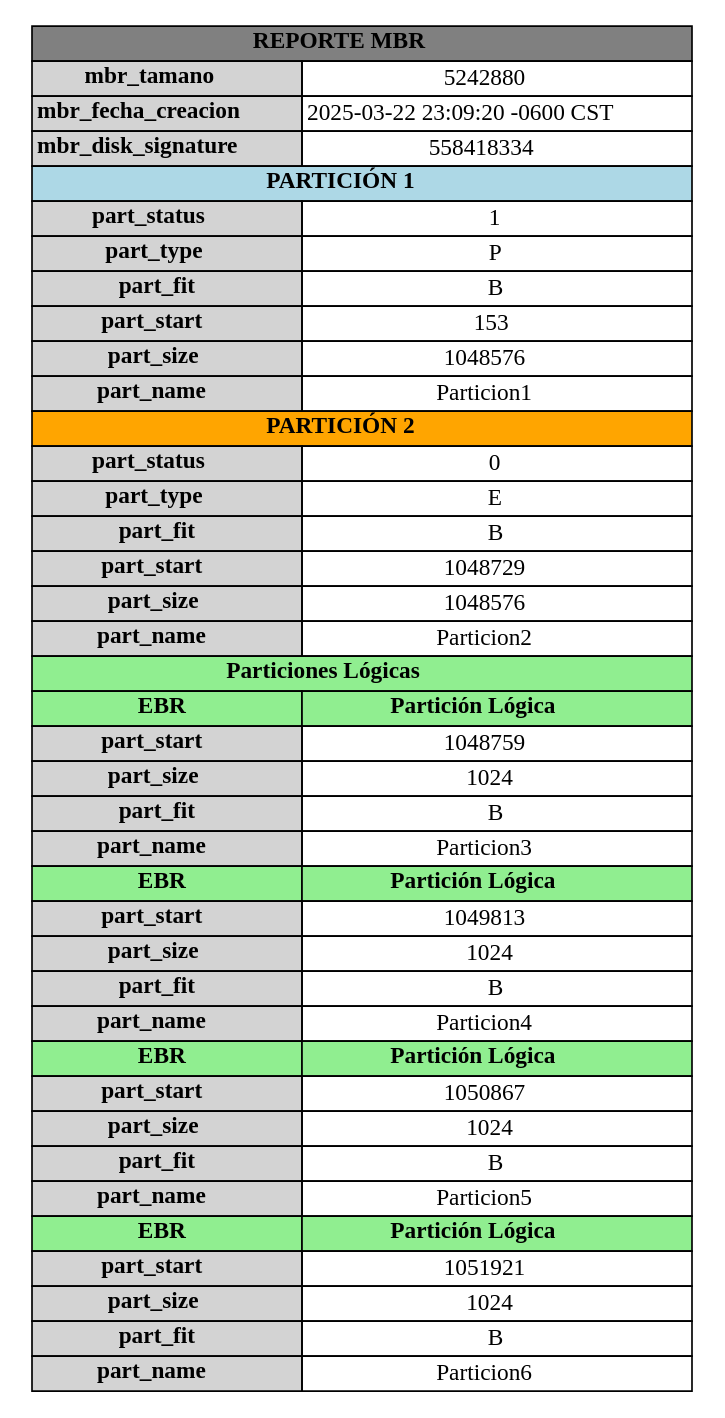
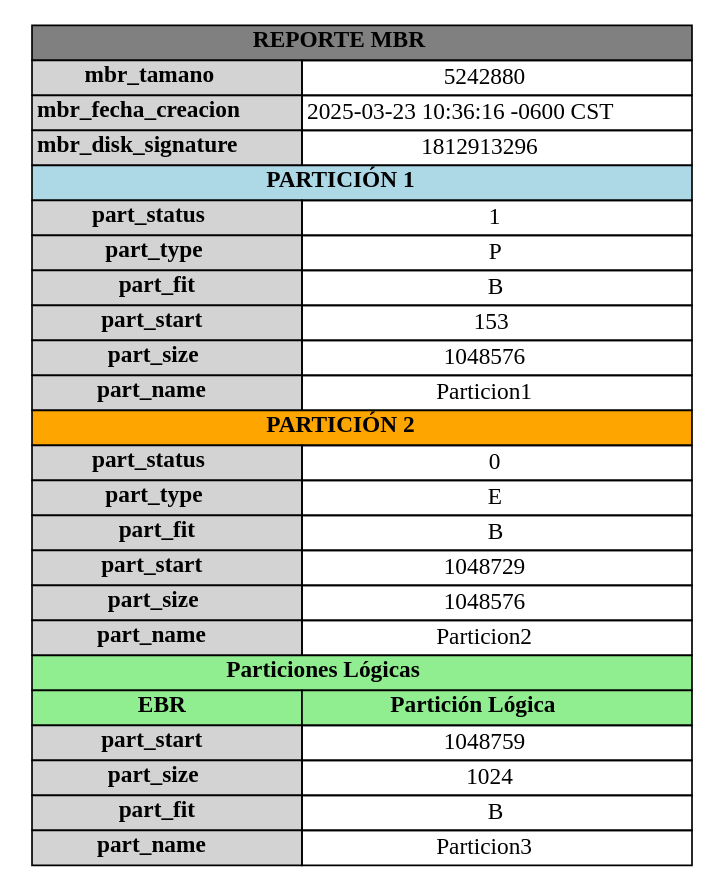
The diagram in backend/output/report_mbr.dot (Ennero/MIA_1S2025_P1_202302220), drawn with Graphviz before and after one commit. The commit also changed 7 other files, not shown here.

```diff
--- a/backend/output/report_mbr.dot
+++ b/backend/output/report_mbr.dot
@@ -1,49 +1,31 @@
 digraph G {
     node [shape=plaintext]
     tabla [label=<
         <table border="0" cellborder="1" cellspacing="0">
             <tr><td colspan="2" bgcolor="gray"><b> REPORTE MBR </b></td></tr>
             <tr><td bgcolor="lightgray"><b>mbr_tamano</b></td><td>5242880</td></tr>
-            <tr><td bgcolor="lightgray"><b>mbr_fecha_creacion</b></td><td>2025-03-22 23:09:20 -0600 CST</td></tr>
-            <tr><td bgcolor="lightgray"><b>mbr_disk_signature</b></td><td>558418334</td></tr>
+            <tr><td bgcolor="lightgray"><b>mbr_fecha_creacion</b></td><td>2025-03-23 10:36:16 -0600 CST</td></tr>
+            <tr><td bgcolor="lightgray"><b>mbr_disk_signature</b></td><td>1812913296</td></tr>
         
         <tr><td colspan="2" bgcolor="lightblue"><b> PARTICIÓN 1 </b></td></tr>
         <tr><td bgcolor="lightgray"><b>part_status</b></td><td>1</td></tr>
         <tr><td bgcolor="lightgray"><b>part_type</b></td><td>P</td></tr>
         <tr><td bgcolor="lightgray"><b>part_fit</b></td><td>B</td></tr>
         <tr><td bgcolor="lightgray"><b>part_start</b></td><td>153</td></tr>
         <tr><td bgcolor="lightgray"><b>part_size</b></td><td>1048576</td></tr>
         <tr><td bgcolor="lightgray"><b>part_name</b></td><td>Particion1</td></tr>
     
         <tr><td colspan="2" bgcolor="orange"><b> PARTICIÓN 2 </b></td></tr>
         <tr><td bgcolor="lightgray"><b>part_status</b></td><td>0</td></tr>
         <tr><td bgcolor="lightgray"><b>part_type</b></td><td>E</td></tr>
         <tr><td bgcolor="lightgray"><b>part_fit</b></td><td>B</td></tr>
         <tr><td bgcolor="lightgray"><b>part_start</b></td><td>1048729</td></tr>
         <tr><td bgcolor="lightgray"><b>part_size</b></td><td>1048576</td></tr>
         <tr><td bgcolor="lightgray"><b>part_name</b></td><td>Particion2</td></tr>
     <tr><td colspan="2" bgcolor="lightgreen"><b> Particiones Lógicas </b></td></tr>
 					<tr><td bgcolor="lightgreen"><b>EBR</b></td><td bgcolor="lightgreen"><b>Partición Lógica</b></td></tr>
                 <tr><td bgcolor="lightgray"><b>part_start</b></td><td>1048759</td></tr>
                 <tr><td bgcolor="lightgray"><b>part_size</b></td><td>1024</td></tr>
                 <tr><td bgcolor="lightgray"><b>part_fit</b></td><td>B</td></tr>
                 <tr><td bgcolor="lightgray"><b>part_name</b></td><td>Particion3</td></tr>
-				
-					<tr><td bgcolor="lightgreen"><b>EBR</b></td><td bgcolor="lightgreen"><b>Partición Lógica</b></td></tr>
-                <tr><td bgcolor="lightgray"><b>part_start</b></td><td>1049813</td></tr>
-                <tr><td bgcolor="lightgray"><b>part_size</b></td><td>1024</td></tr>
-                <tr><td bgcolor="lightgray"><b>part_fit</b></td><td>B</td></tr>
-                <tr><td bgcolor="lightgray"><b>part_name</b></td><td>Particion4</td></tr>
-				
-					<tr><td bgcolor="lightgreen"><b>EBR</b></td><td bgcolor="lightgreen"><b>Partición Lógica</b></td></tr>
-                <tr><td bgcolor="lightgray"><b>part_start</b></td><td>1050867</td></tr>
-                <tr><td bgcolor="lightgray"><b>part_size</b></td><td>1024</td></tr>
-                <tr><td bgcolor="lightgray"><b>part_fit</b></td><td>B</td></tr>
-                <tr><td bgcolor="lightgray"><b>part_name</b></td><td>Particion5</td></tr>
-				
-					<tr><td bgcolor="lightgreen"><b>EBR</b></td><td bgcolor="lightgreen"><b>Partición Lógica</b></td></tr>
-                <tr><td bgcolor="lightgray"><b>part_start</b></td><td>1051921</td></tr>
-                <tr><td bgcolor="lightgray"><b>part_size</b></td><td>1024</td></tr>
-                <tr><td bgcolor="lightgray"><b>part_fit</b></td><td>B</td></tr>
-                <tr><td bgcolor="lightgray"><b>part_name</b></td><td>Particion6</td></tr>
 				</table>>] }
```
